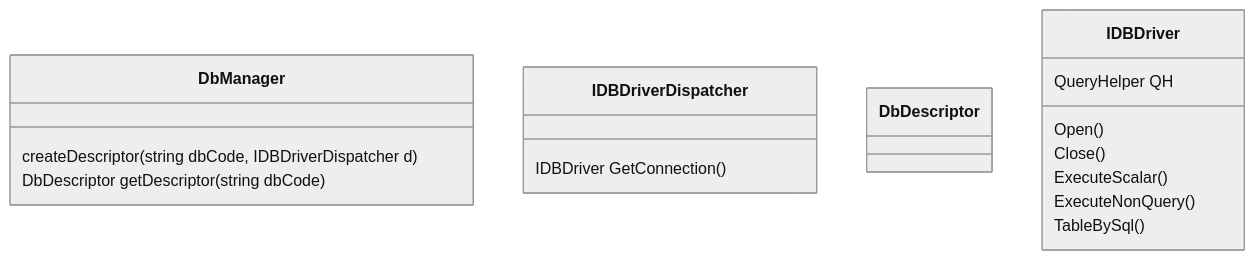
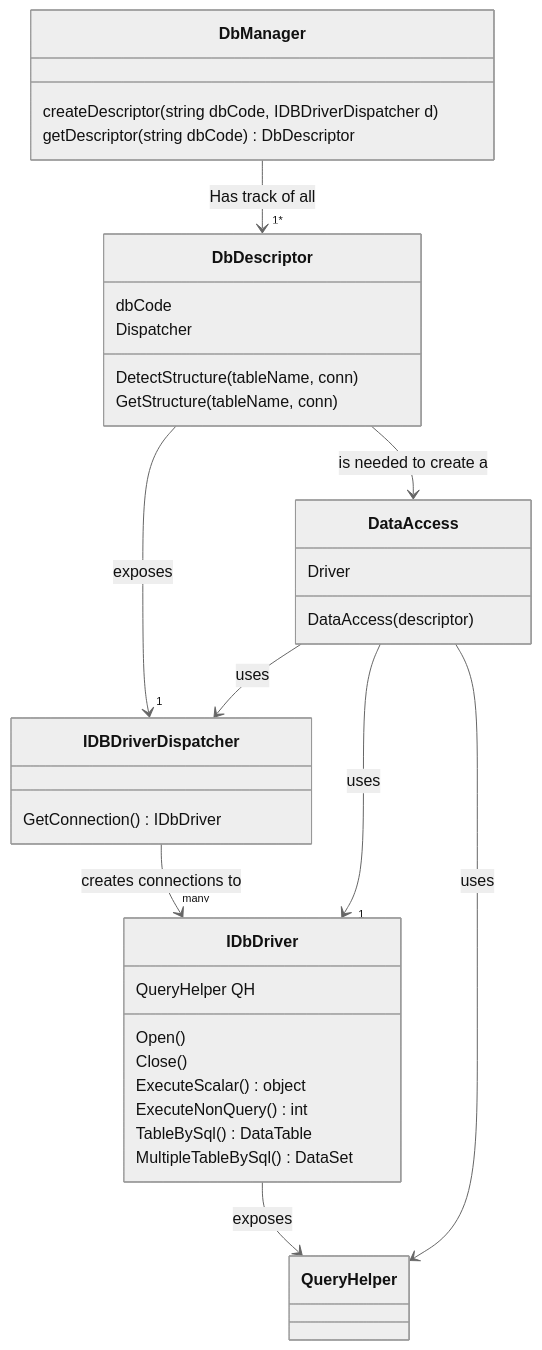
Before and after one commit to TempoSrl/myKode_core: the diagram in DbDescriptor.md, drawn with Mermaid (neutral theme). The commit also changed other lines of this file and 6 other files, not shown here.

Commit message:
diagramma

````diff
--- a/DbDescriptor.md
+++ b/DbDescriptor.md
@@ -23,25 +23,50 @@
 ```mermaid
 
+classDiagram
 
-classDiagram
+
+    class DbDescriptor     
+    DbDescriptor: dbCode
+    DbDescriptor: Dispatcher
+    DbDescriptor: DetectStructure(tableName, conn)
+    DbDescriptor: GetStructure(tableName, conn)
+
+    class IDBDriverDispatcher
+    IDBDriverDispatcher: GetConnection() IDbDriver
+
+    DbDescriptor --> "1" IDBDriverDispatcher : exposes
+
     class DbManager
     DbManager : createDescriptor(string dbCode, IDBDriverDispatcher d)
-    DbManager : DbDescriptor getDescriptor(string dbCode)
+    DbManager :  getDescriptor(string dbCode) DbDescriptor
   
-    class IDBDriverDispatcher
-    IDBDriverDispatcher: IDBDriver GetConnection()
+    DbManager --> "1*" DbDescriptor : Has track of all
+    
+    IDBDriverDispatcher --> "many" IDbDriver : creates connections to
 
 
-    class DbDescriptor
+    class IDbDriver
+    IDbDriver: QueryHelper QH
+    IDbDriver: Open()
+    IDbDriver: Close()
+    IDbDriver: ExecuteScalar() object
+    IDbDriver: ExecuteNonQuery() int
+    IDbDriver: TableBySql() DataTable
+    IDbDriver: MultipleTableBySql() DataSet
 
-    class IDBDriver
-    IDBDriver: QueryHelper QH
-    IDBDriver: Open()
-    IDBDriver: Close()
-    IDBDriver: ExecuteScalar()
-    IDBDriver: ExecuteNonQuery()
-    IDBDriver: TableBySql()
+    class DataAccess
+    DataAccess: Driver
+    DataAccess: DataAccess(descriptor)
+
+    DbDescriptor --> DataAccess : is needed to create a
+    DataAccess --> "1" IDbDriver : uses 
+
+    class QueryHelper 
+
+    IDbDriver --> QueryHelper : exposes
+    DataAccess --> QueryHelper : uses
+    DataAccess --> IDBDriverDispatcher : uses
 
 
 
 ```
````
